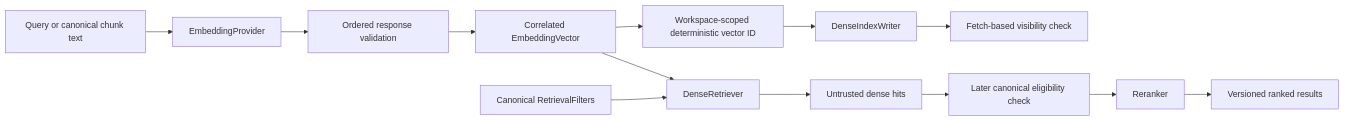
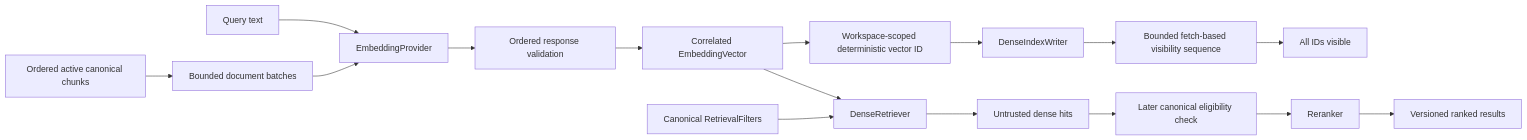
Before and after one commit to rnkraus/investment-research: the fourth of 4 diagrams in backend/src/investment_research/modules/search/README.md, drawn with Mermaid. The commit also changed other lines of this file and 2 other files, not shown here.

First line of the commit message:
feat: orchestrate bounded document indexing

````diff
--- a/backend/src/investment_research/modules/search/README.md
+++ b/backend/src/investment_research/modules/search/README.md
@@ -94,15 +95,18 @@
 ```mermaid
 flowchart LR
-    TEXT[Query or canonical chunk text] --> EMBED[EmbeddingProvider]
+    CHUNKS[Ordered active canonical chunks] --> BATCH[Bounded document batches]
+    TEXT[Query text] --> EMBED[EmbeddingProvider]
+    BATCH --> EMBED
     EMBED --> VALIDATE[Ordered response validation]
     VALIDATE --> VECTOR[Correlated EmbeddingVector]
     VECTOR --> ID[Workspace-scoped deterministic vector ID]
     ID --> WRITER[DenseIndexWriter]
-    WRITER --> VISIBLE[Fetch-based visibility check]
+    WRITER --> VISIBLE[Bounded fetch-based visibility sequence]
+    VISIBLE --> READY[All IDs visible]
     VECTOR --> DENSE[DenseRetriever]
     FILTERS[Canonical RetrievalFilters] --> DENSE
     DENSE --> HITS[Untrusted dense hits]
     HITS --> ELIGIBLE[Later canonical eligibility check]
     ELIGIBLE --> RERANK[Reranker]
     RERANK --> ORDERED[Versioned ranked results]
 ```
````
